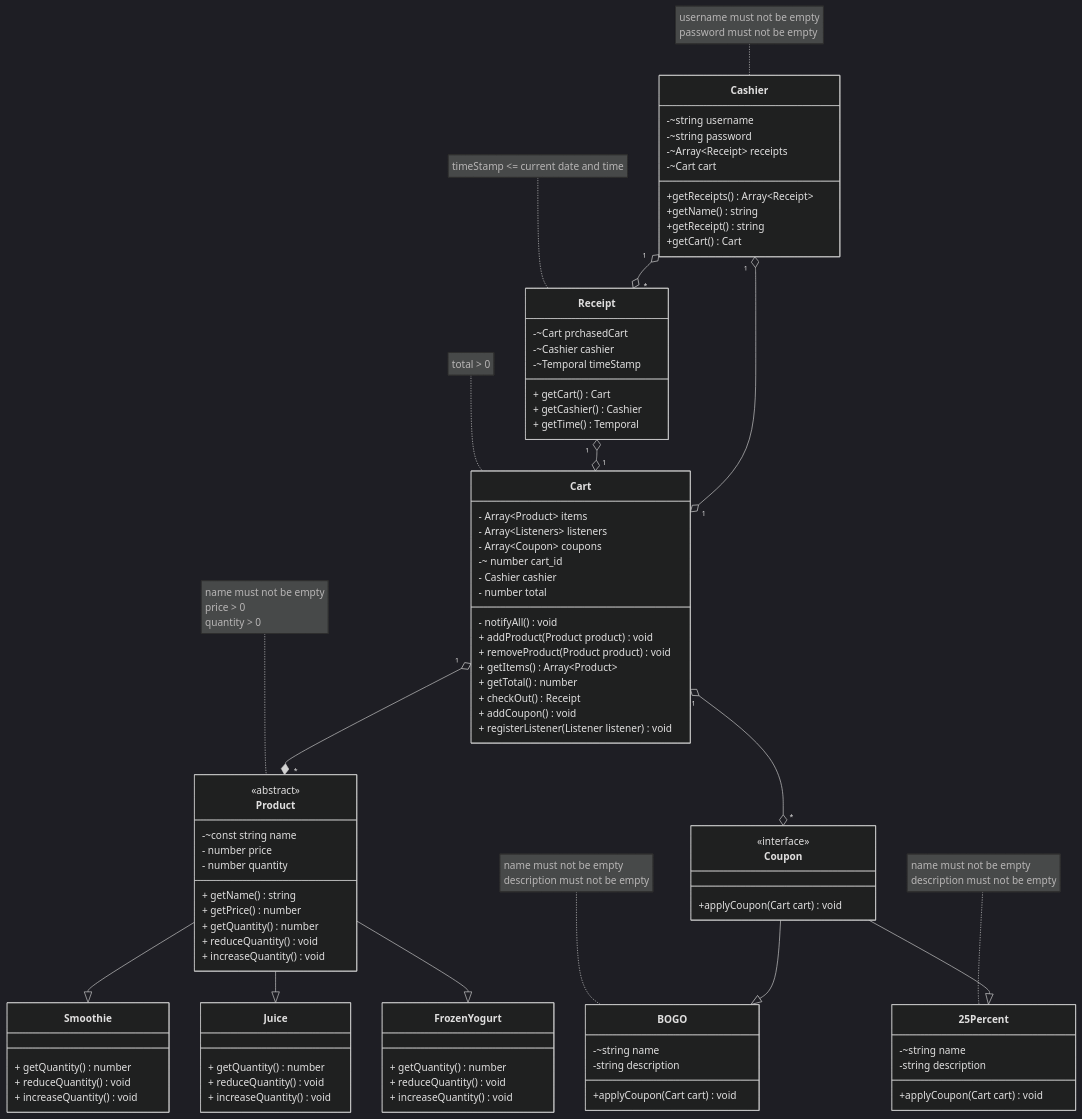
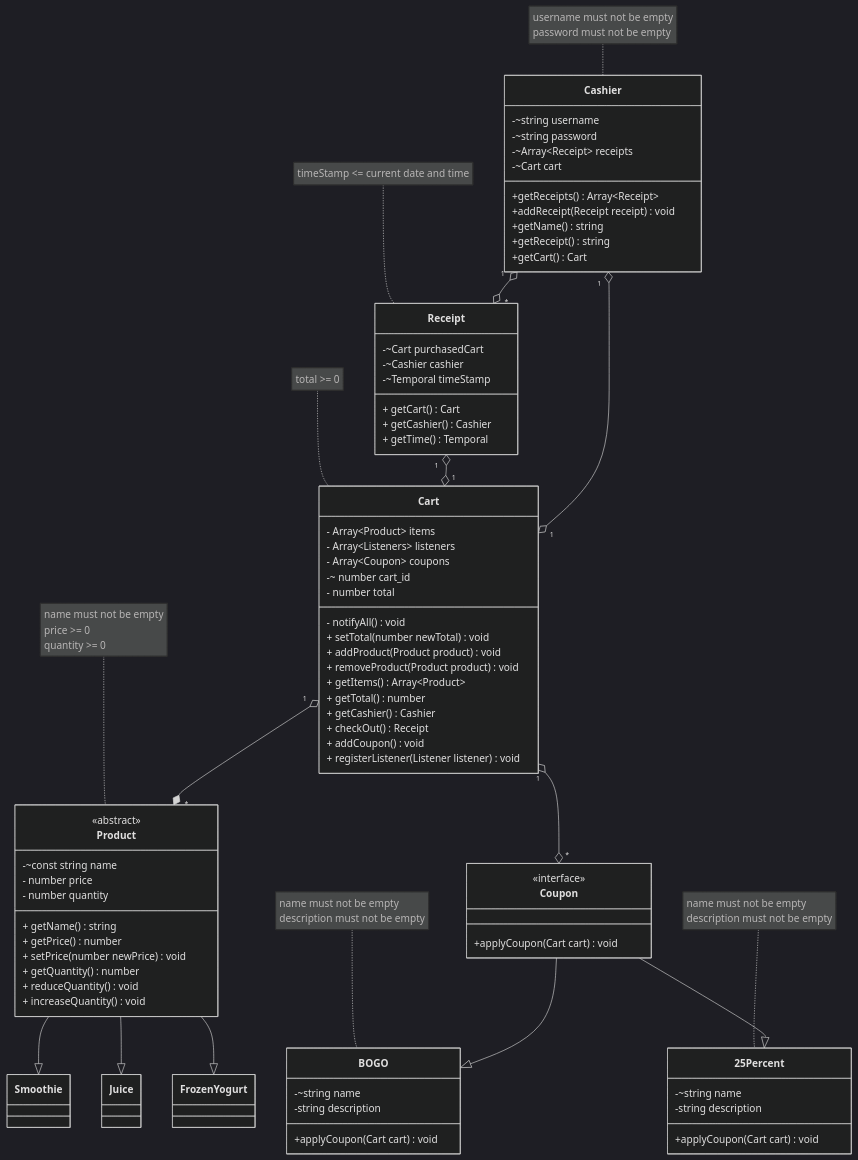
Before and after one commit to asantec2/cassy-project: the diagram in domain.md, drawn with Mermaid (dark theme). The commit also changed 25 other files, not shown here.

```diff
--- a/domain.md
+++ b/domain.md
@@ -17,6 +17,7 @@
 
     + getName() string
     + getPrice() number
+    + setPrice( number newPrice) void
     + getQuantity() number
     + reduceQuantity() void
     + increaseQuantity() void
@@ -24,21 +25,15 @@
 }
 note for Product"
   name must not be empty
-  price > 0
-  quantity > 0
+  price >= 0
+  quantity >= 0
 "
 class Smoothie{ 
     
-    + getQuantity() number
-    + reduceQuantity() void
-    + increaseQuantity() void
 }
 
 class Juice{
   
-    + getQuantity() number
-    + reduceQuantity() void
-    + increaseQuantity() void
  }
  Product --|> Smoothie
  Product --|> Juice
@@ -46,28 +41,26 @@
 
 class FrozenYogurt{
     
-    + getQuantity() number
-    + reduceQuantity() void
-    + increaseQuantity() void
 }
 class Cart{
     - Array~Product~ items
     - Array~Listeners~ listeners
     - Array~Coupon~ coupons
     -~ number cart_id
-    - Cashier cashier
     - number total
     - notifyAll() void
+    + setTotal(number newTotal) void
     + addProduct(Product product)void
     + removeProduct(Product product) void
     + getItems() Array~Product~
     + getTotal() number
+    + getCashier() Cashier
     + checkOut() Receipt
     + addCoupon() void
     + registerListener(Listener listener) void
 }
 note for Cart"
-total > 0
+total >= 0
 "
 class  Coupon{
     <<interface>>
@@ -99,11 +92,12 @@
  
 class Cashier{
     -~string username 
-    -~string password
+    -~string password 
     -~Array~Receipt~ receipts
     -~Cart cart
     
     +getReceipts() Array~Receipt~
+    +addReceipt(Receipt receipt) void
     +getName() string
     +getReceipt() string
     +getCart() Cart
@@ -115,7 +109,7 @@
 
 
  class Receipt{
-    -~Cart prchasedCart
+    -~Cart purchasedCart
     -~Cashier cashier
     -~Temporal timeStamp
     
```
